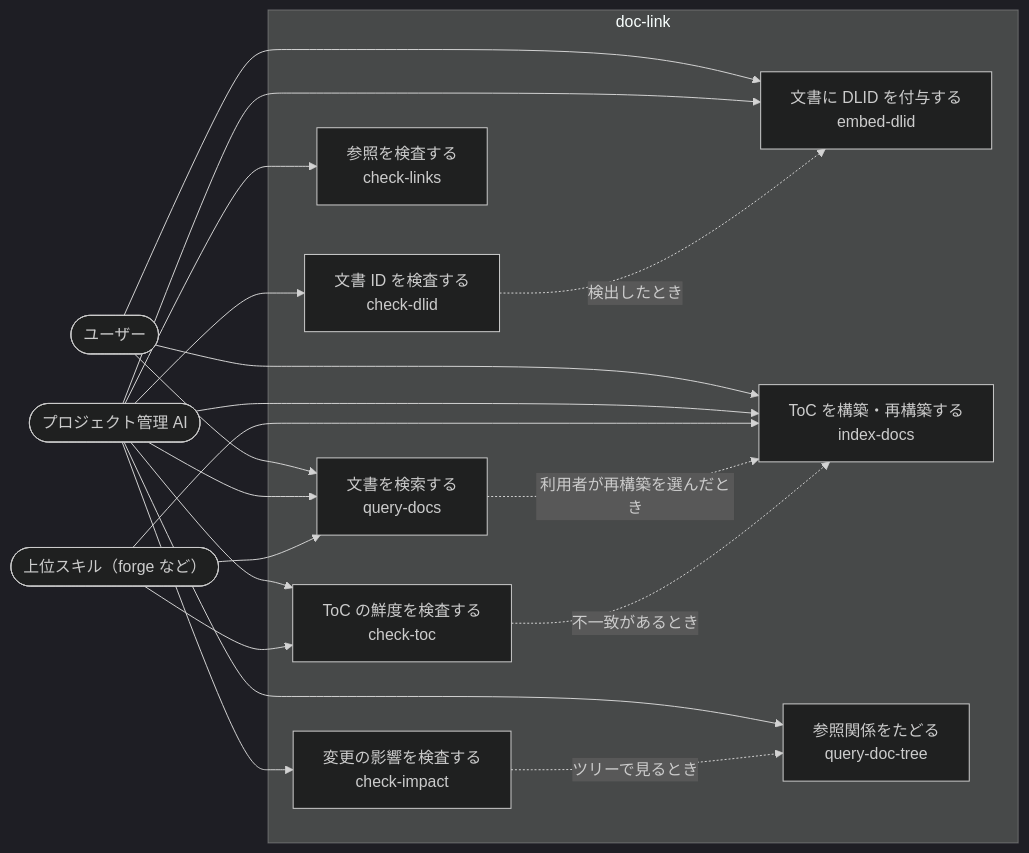
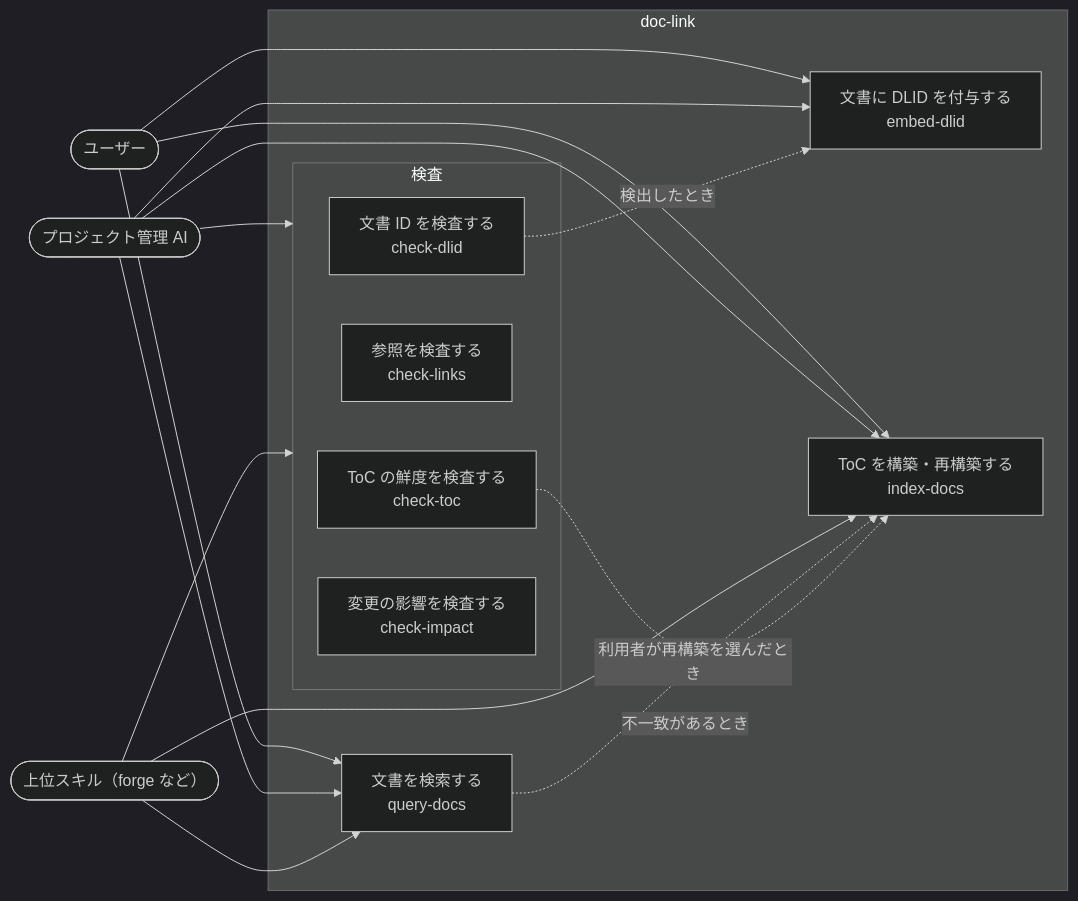
The first of 8 diagrams in docs/specs/design/DES-010-skill-composition.md (BlueEventHorizon/doc-link), drawn with Mermaid (dark theme) before and after one commit. The commit also changed other lines of this file and 21 other files, not shown here.

First line of the commit message:
docs: resolve all open requirement items, drop query-doc-tree, use reference-style links

````diff
--- a/docs/specs/design/DES-010-skill-composition.md
+++ b/docs/specs/design/DES-010-skill-composition.md
@@ -76,36 +78,32 @@
 ```mermaid
 flowchart LR
     User(["ユーザー"])
     PM(["プロジェクト管理 AI"])
     Caller(["上位スキル（forge など）"])
 
     subgraph DL["doc-link"]
         UC1["文書に DLID を付与する<br>embed-dlid"]
         UC2["ToC を構築・再構築する<br>index-docs"]
         UC3["文書を検索する<br>query-docs"]
-        UC4["参照関係をたどる<br>query-doc-tree"]
-        UC5["文書 ID を検査する<br>check-dlid"]
-        UC6["参照を検査する<br>check-links"]
-        UC7["ToC の鮮度を検査する<br>check-toc"]
-        UC8["変更の影響を検査する<br>check-impact"]
+        subgraph CHK["検査"]
+            UC5["文書 ID を検査する<br>check-dlid"]
+            UC6["参照を検査する<br>check-links"]
+            UC7["ToC の鮮度を検査する<br>check-toc"]
+            UC8["変更の影響を検査する<br>check-impact"]
+        end
     end
 
     User --> UC1
     User --> UC2
     User --> UC3
     PM --> UC1
     PM --> UC2
     PM --> UC3
-    PM --> UC4
-    PM --> UC5
-    PM --> UC6
-    PM --> UC7
-    PM --> UC8
+    PM --> CHK
     Caller --> UC2
     Caller --> UC3
-    Caller --> UC7
+    Caller --> CHK
     UC3 -. "利用者が再構築を選んだとき" .-> UC2
     UC5 -. "検出したとき" .-> UC1
     UC7 -. "不一致があるとき" .-> UC2
-    UC8 -. "ツリーで見るとき" .-> UC4
 ```
````
